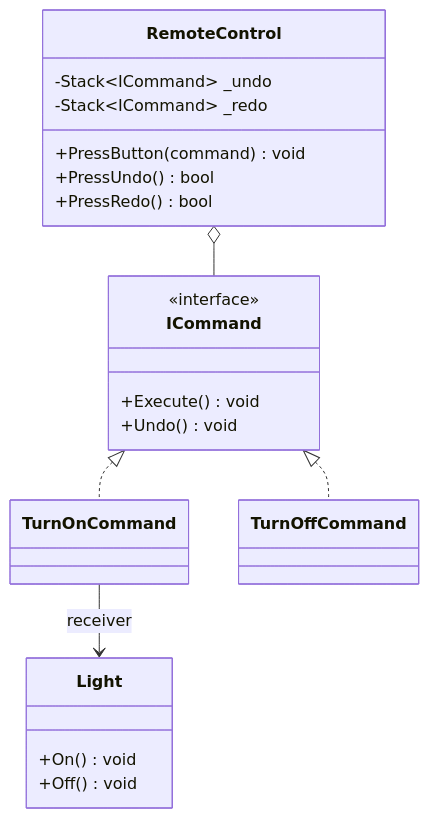
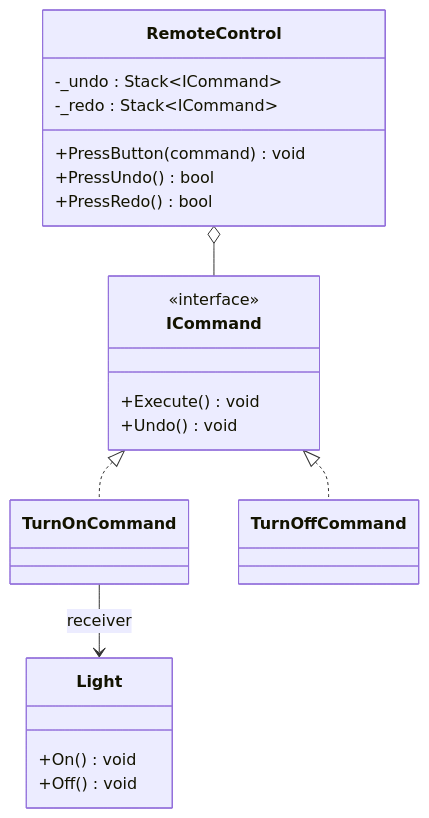
One commit to tushardongre1990/LLD-Claude changed the diagram in 00-Foundations/04-Design-Patterns/Behavioral/Command/notes.md. Above: the diagram before and after it, drawn with Mermaid. The commit also changed 19 other files, not shown here.

First line of the commit message:
docs(00-Foundations): fix mermaid attribute ordering to name : type

````diff
--- a/00-Foundations/04-Design-Patterns/Behavioral/Command/notes.md
+++ b/00-Foundations/04-Design-Patterns/Behavioral/Command/notes.md
@@ -10,27 +10,27 @@
 ```mermaid
 classDiagram
     class ICommand {
         <<interface>>
         +Execute() void
         +Undo() void
     }
     class TurnOnCommand
     class TurnOffCommand
     ICommand <|.. TurnOnCommand
     ICommand <|.. TurnOffCommand
 
     class Light {
         +On() void
         +Off() void
     }
     TurnOnCommand --> Light : receiver
 
     class RemoteControl {
-        -Stack~ICommand~ _undo
-        -Stack~ICommand~ _redo
+        -_undo : Stack~ICommand~
+        -_redo : Stack~ICommand~
         +PressButton(command) void
         +PressUndo() bool
         +PressRedo() bool
     }
     RemoteControl o-- ICommand
 ```
````
